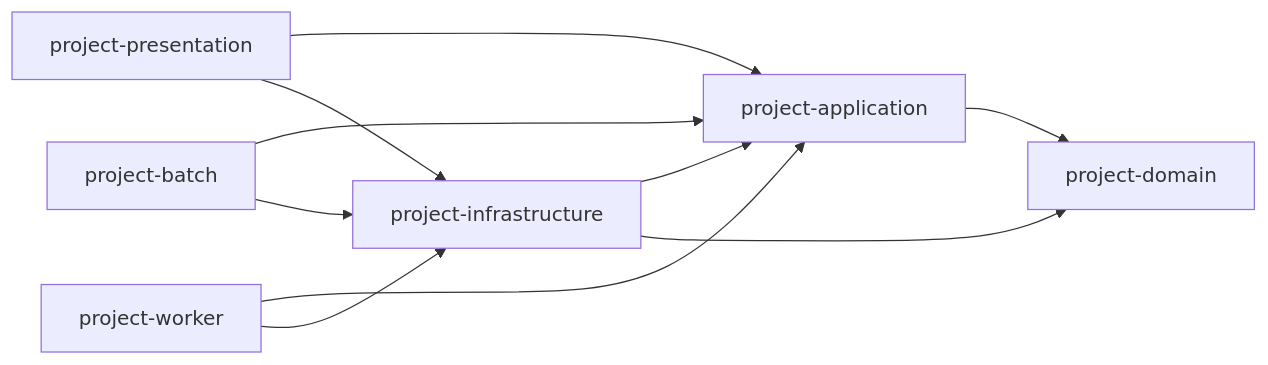
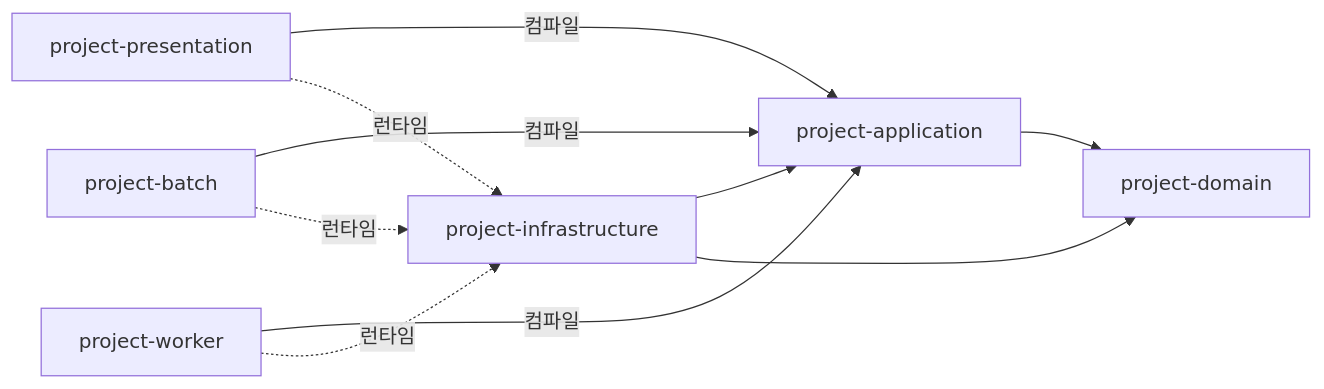
One commit to Jeong-Rae/SpringKit changed the diagram in docs/archtectures/module-structure.md. Above: the diagram before and after it, drawn with Mermaid. The commit also changed other lines of this file, not shown here.

Commit message:
Docs: 모듈 의존 시점을 구분해 표기

````diff
--- a/docs/archtectures/module-structure.md
+++ b/docs/archtectures/module-structure.md
@@ -5,12 +5,12 @@
 ```mermaid
 flowchart LR
-    presentation["project-presentation"] --> application["project-application"]
-    presentation --> infrastructure["project-infrastructure"]
-    batch["project-batch"] --> application
-    batch --> infrastructure
-    worker["project-worker"] --> application
-    worker --> infrastructure
+    presentation["project-presentation"] -->|컴파일| application["project-application"]
+    presentation -.->|런타임| infrastructure["project-infrastructure"]
+    batch["project-batch"] -->|컴파일| application
+    batch -.->|런타임| infrastructure
+    worker["project-worker"] -->|컴파일| application
+    worker -.->|런타임| infrastructure
     infrastructure --> application
     infrastructure --> domain["project-domain"]
     application --> domain
 ```
````
